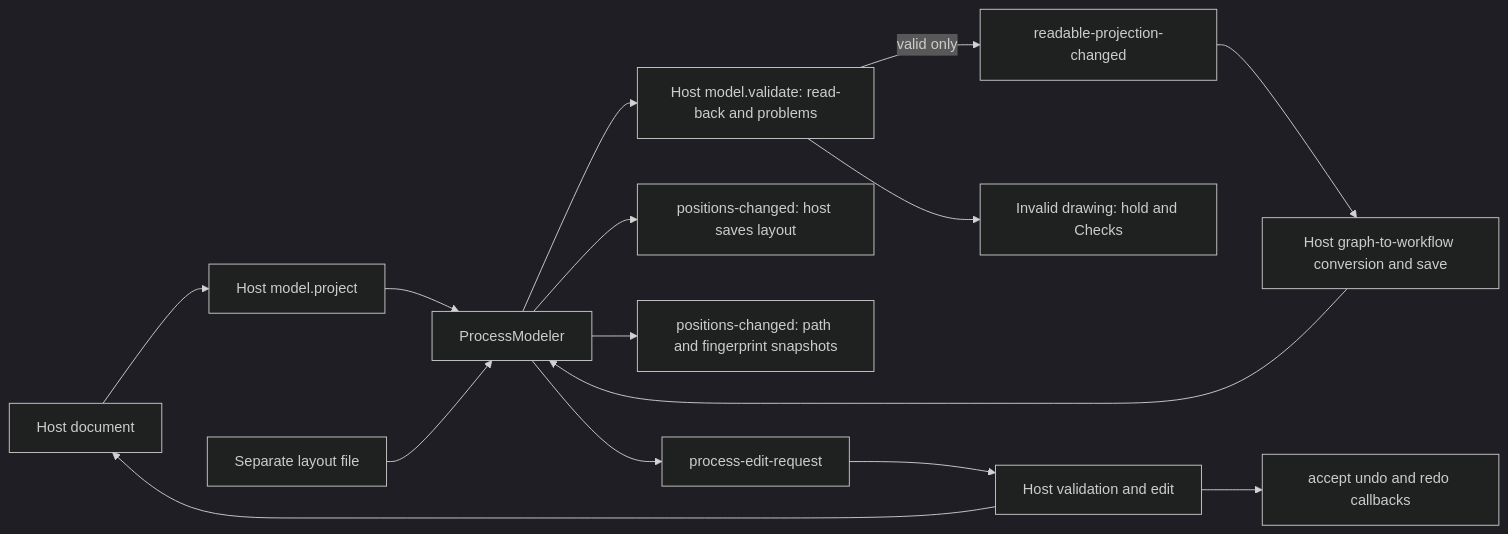
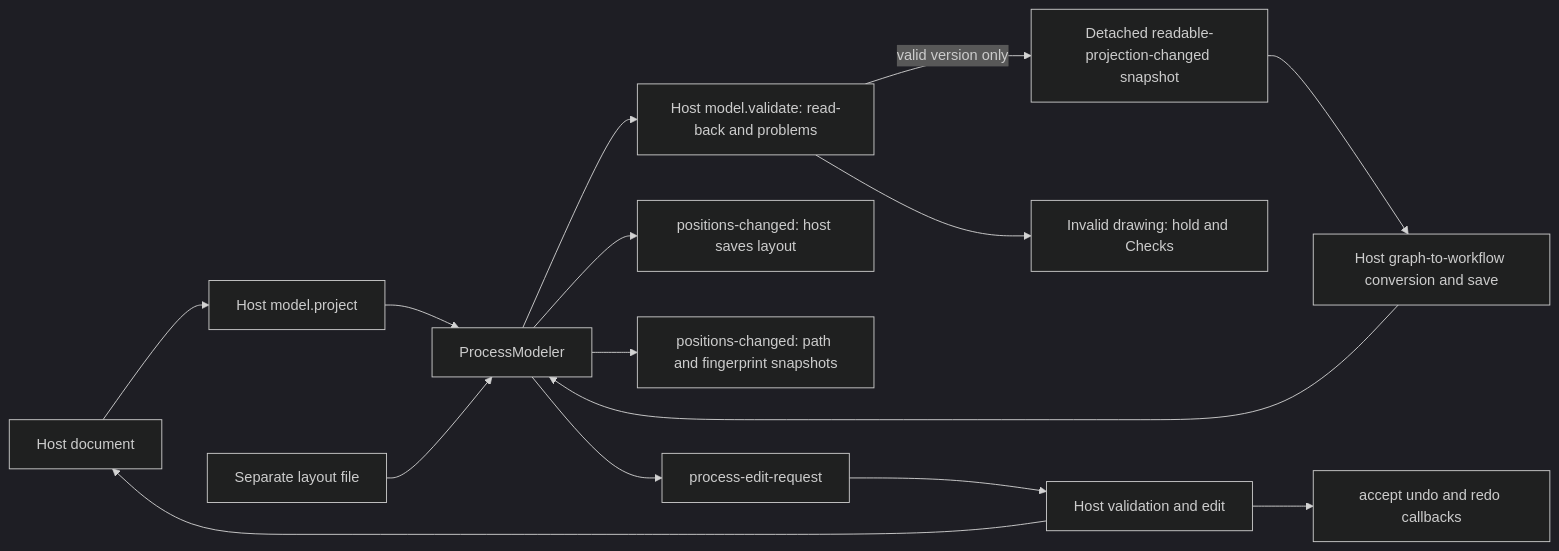
The diagram in docs/patterns/process-modeler.md (unofficialbox/box-open-elements), drawn with Mermaid (dark theme) before and after one commit. The commit also changed other lines of this file and 5 other files, not shown here.

````diff
--- a/docs/patterns/process-modeler.md
+++ b/docs/patterns/process-modeler.md
@@ -8,17 +8,17 @@
 ```mermaid
 flowchart LR
   Document[Host document] --> Model[Host model.project]
   Model --> Canvas[ProcessModeler]
   Layout[Separate layout file] --> Canvas
   Canvas --> Request[process-edit-request]
   Request --> Host[Host validation and edit]
   Host --> Document
   Host --> History[accept undo and redo callbacks]
   Canvas --> Save[positions-changed: host saves layout]
   Canvas --> Positions[positions-changed: path and fingerprint snapshots]
   Canvas --> Validation[Host model.validate: read-back and problems]
   Validation --> Hold[Invalid drawing: hold and Checks]
-  Validation -->|valid only| Readable[readable-projection-changed]
+  Validation -->|valid version only| Readable[Detached readable-projection-changed snapshot]
   Readable --> Conversion[Host graph-to-workflow conversion and save]
   Conversion --> Canvas
 ```
````
